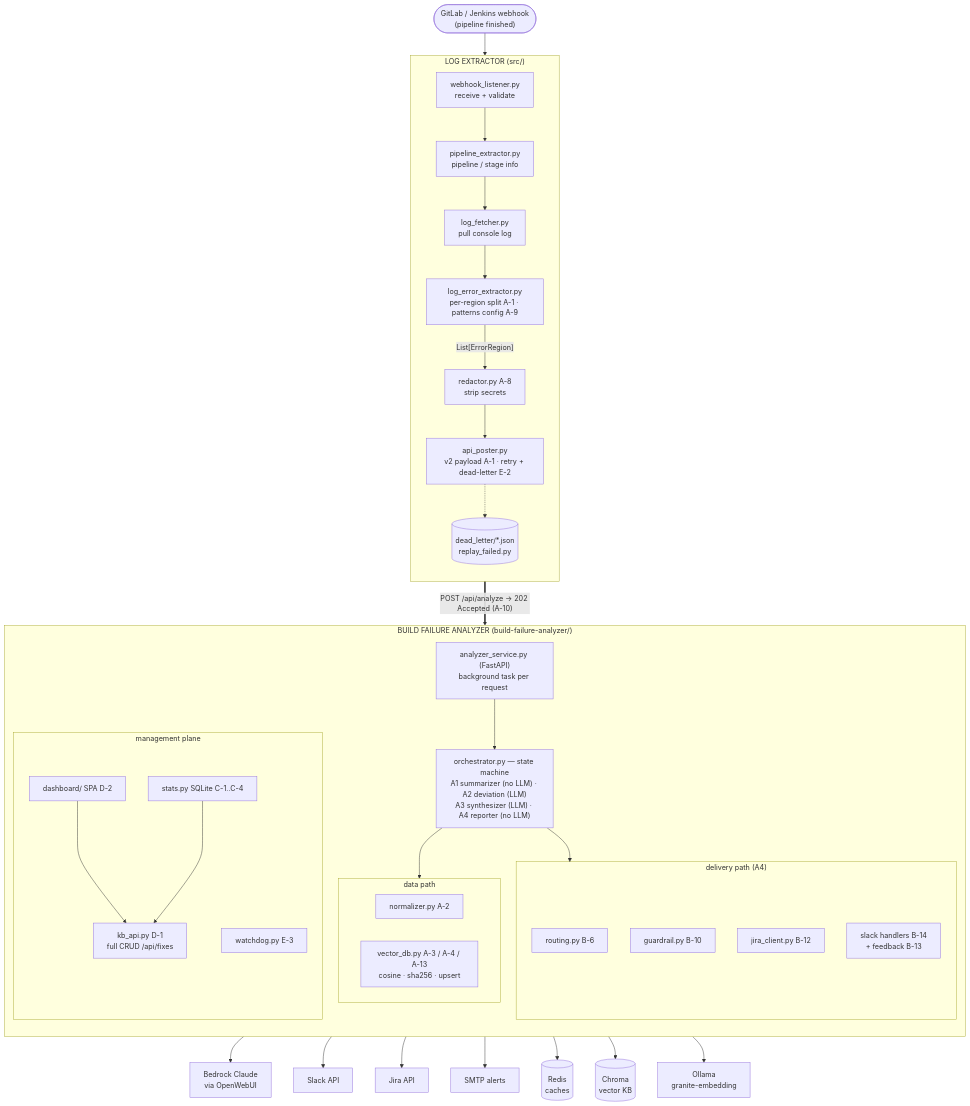
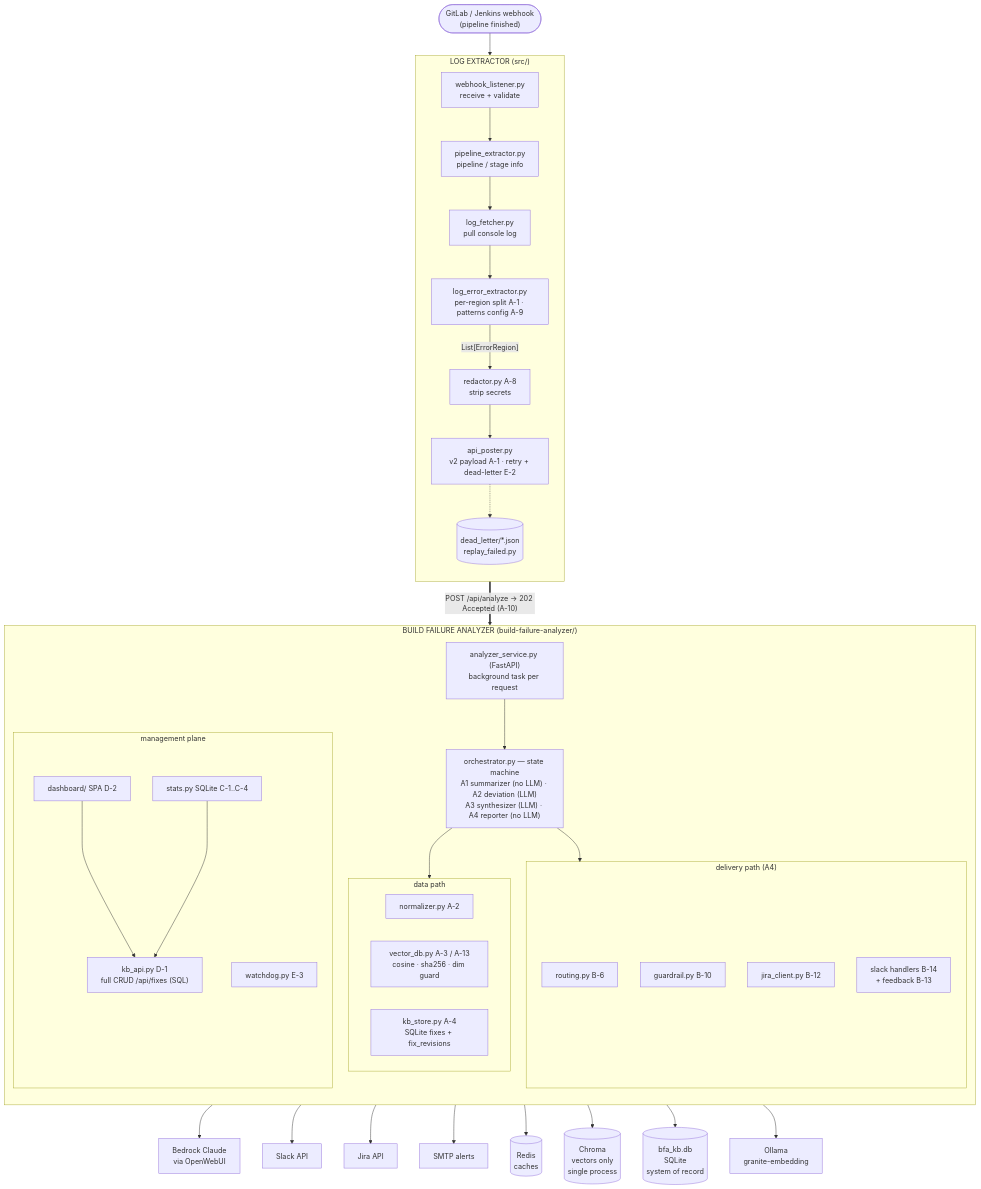
Before and after one commit to vigneshpalanivelr/extract-build-logs: the first of 9 diagrams in build-failure-analyzer/LLD.md, drawn with Mermaid. The commit also changed other lines of this file and 1 other file, not shown here.

First line of the commit message:
Adopt technical review items: SQLite KB store, Chroma single-process rule, dim guard

````diff
--- a/build-failure-analyzer/LLD.md
+++ b/build-failure-analyzer/LLD.md
@@ -18,53 +18,54 @@
 ```mermaid
 flowchart TB
     WH(["GitLab / Jenkins webhook<br/>(pipeline finished)"]) --> WL
 
     subgraph EXT["LOG EXTRACTOR (src/)"]
         direction TB
         WL["webhook_listener.py<br/>receive + validate"] --> PE["pipeline_extractor.py<br/>pipeline / stage info"]
         PE --> LF["log_fetcher.py<br/>pull console log"]
         LF --> LEE["log_error_extractor.py<br/>per-region split A-1 · patterns config A-9"]
         LEE -- "List[ErrorRegion]" --> RED["redactor.py A-8<br/>strip secrets"]
         RED --> AP["api_poster.py<br/>v2 payload A-1 · retry + dead-letter E-2"]
         AP -.-> DL[("dead_letter/*.json<br/>replay_failed.py")]
     end
 
     AP == "POST /api/analyze → 202 Accepted (A-10)" ==> AS
 
     subgraph ANA["BUILD FAILURE ANALYZER (build-failure-analyzer/)"]
         direction TB
         AS["analyzer_service.py (FastAPI)<br/>background task per request"] --> ORC
 
         ORC["orchestrator.py — state machine<br/>A1 summarizer (no LLM) · A2 deviation (LLM)<br/>A3 synthesizer (LLM) · A4 reporter (no LLM)"]
 
         subgraph DATA["data path"]
             NORM["normalizer.py A-2"]
-            VDB["vector_db.py A-3 / A-4 / A-13<br/>cosine · sha256 · upsert"]
+            VDB["vector_db.py A-3 / A-13<br/>cosine · sha256 · dim guard"]
+            KBS["kb_store.py A-4<br/>SQLite fixes + fix_revisions"]
         end
 
         subgraph DELIV["delivery path (A4)"]
             ROUT["routing.py B-6"]
             GUARD["guardrail.py B-10"]
             JIRA["jira_client.py B-12"]
             SLK["slack handlers B-14<br/>+ feedback B-13"]
         end
 
         subgraph MGMT["management plane"]
-            KB["kb_api.py D-1<br/>full CRUD /api/fixes"]
+            KB["kb_api.py D-1<br/>full CRUD /api/fixes (SQL)"]
             ST["stats.py SQLite C-1..C-4"]
             DASH["dashboard/ SPA D-2"]
             WDG["watchdog.py E-3"]
         end
 
         ORC --> DATA
         ORC --> DELIV
         DASH --> KB
         ST --> KB
     end
 
-    DATA --> R[("Redis<br/>caches")] & CH[("Chroma<br/>vector KB")] & OL["Ollama<br/>granite-embedding"]
+    DATA --> R[("Redis<br/>caches")] & CH[("Chroma<br/>vectors only<br/>single process")] & KDB[("bfa_kb.db<br/>SQLite<br/>system of record")] & OL["Ollama<br/>granite-embedding"]
     ORC --> BR["Bedrock Claude<br/>via OpenWebUI"]
     SLK --> SAPI["Slack API"]
     JIRA --> JAPI["Jira API"]
     WDG --> SMTP["SMTP alerts"]
 ```
````
